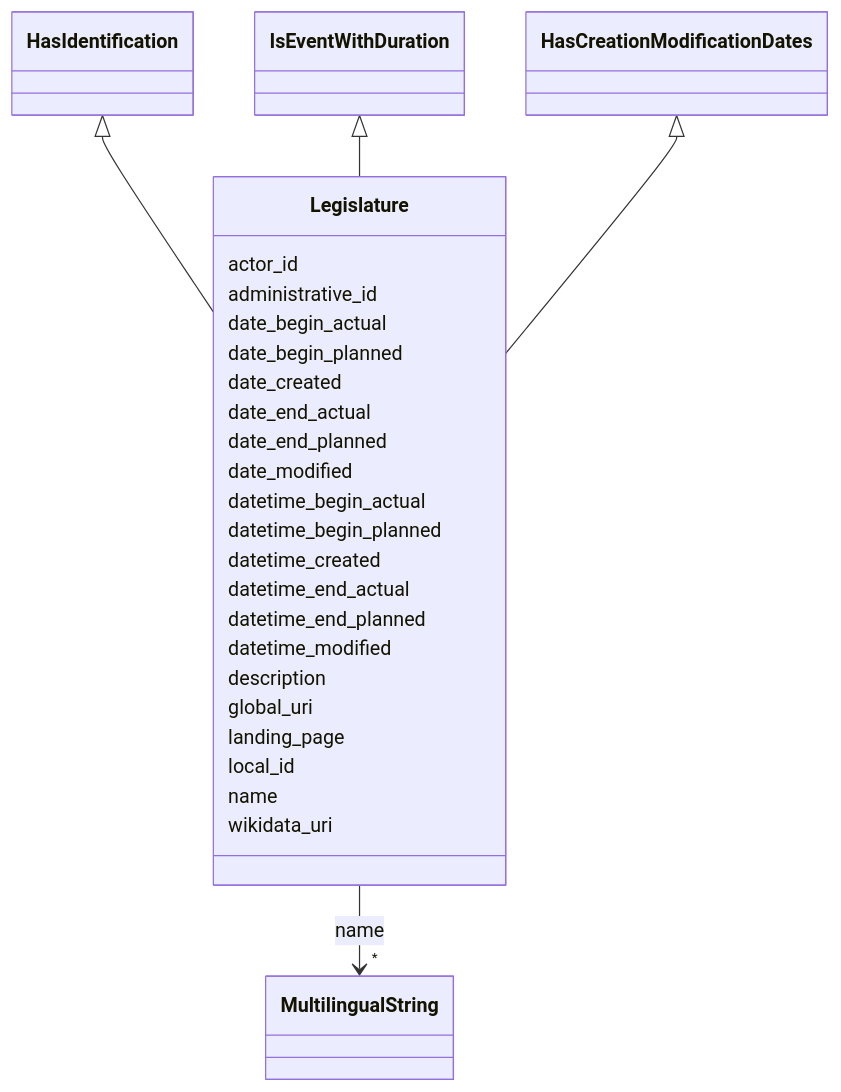
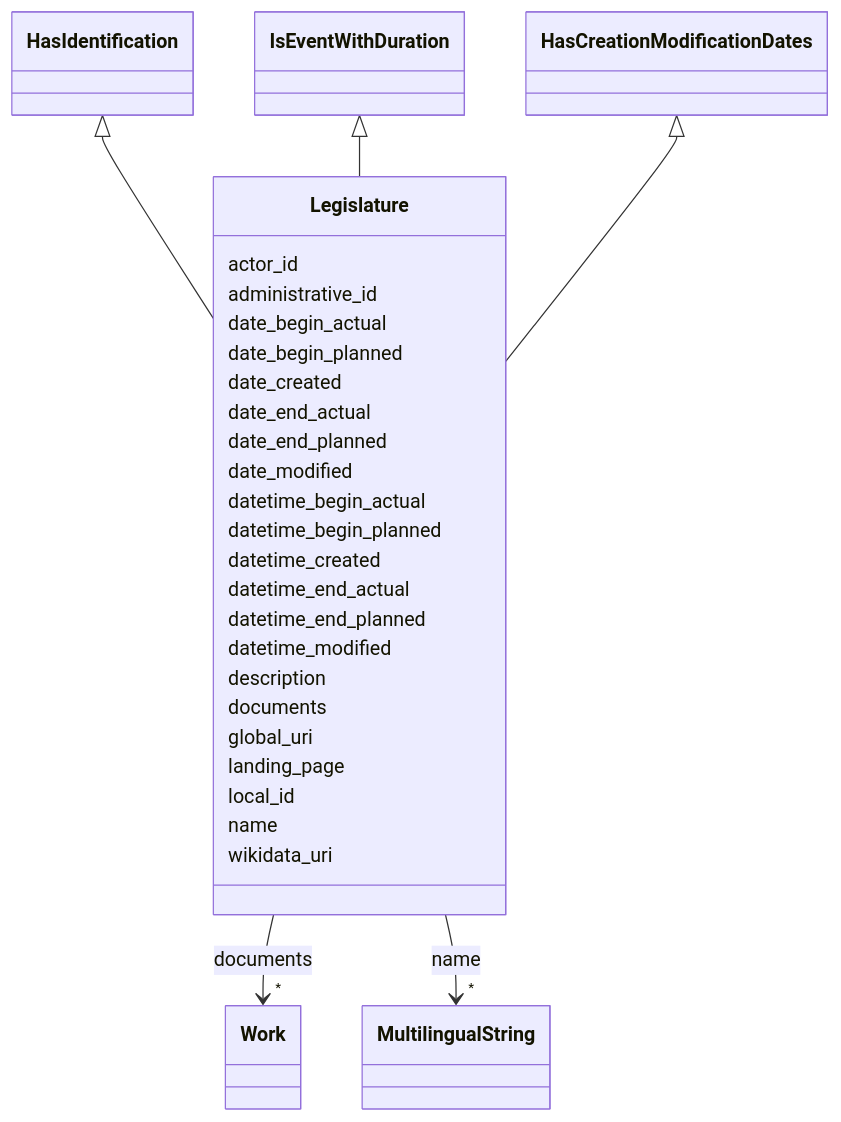
Before and after one commit to swiss/political-affairs-ech-group: the diagram in ech-0293_operations/output/docs/Legislature.md, drawn with Mermaid. The commit also changed other lines of this file and 87 other files, not shown here.

````diff
--- a/ech-0293_operations/output/docs/Legislature.md
+++ b/ech-0293_operations/output/docs/Legislature.md
@@ -22,62 +22,73 @@
 ```mermaid
  classDiagram
     class Legislature
     click Legislature href "../Legislature/"
       HasIdentification <|-- Legislature
         click HasIdentification href "../HasIdentification/"
       IsEventWithDuration <|-- Legislature
         click IsEventWithDuration href "../IsEventWithDuration/"
       HasCreationModificationDates <|-- Legislature
         click HasCreationModificationDates href "../HasCreationModificationDates/"
       
       Legislature : actor_id
         
       Legislature : administrative_id
         
       Legislature : date_begin_actual
         
       Legislature : date_begin_planned
         
       Legislature : date_created
         
       Legislature : date_end_actual
         
       Legislature : date_end_planned
         
       Legislature : date_modified
         
       Legislature : datetime_begin_actual
         
       Legislature : datetime_begin_planned
         
       Legislature : datetime_created
         
       Legislature : datetime_end_actual
         
       Legislature : datetime_end_planned
         
       Legislature : datetime_modified
         
       Legislature : description
         
+      Legislature : documents
+        
+          
+    
+        
+        
+        Legislature --> "*" Work : documents
+        click Work href "../Work/"
+    
+
+        
       Legislature : global_uri
         
       Legislature : landing_page
         
       Legislature : local_id
         
       Legislature : name
         
           
     
         
         
         Legislature --> "*" MultilingualString : name
         click MultilingualString href "../MultilingualString/"
     
 
         
       Legislature : wikidata_uri
         
       
 ```
````
